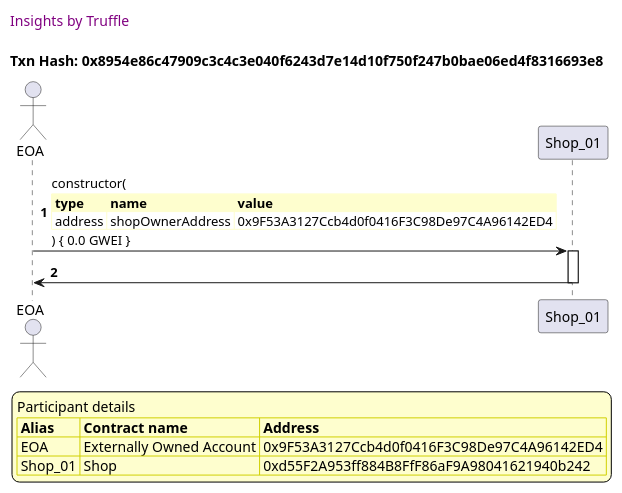
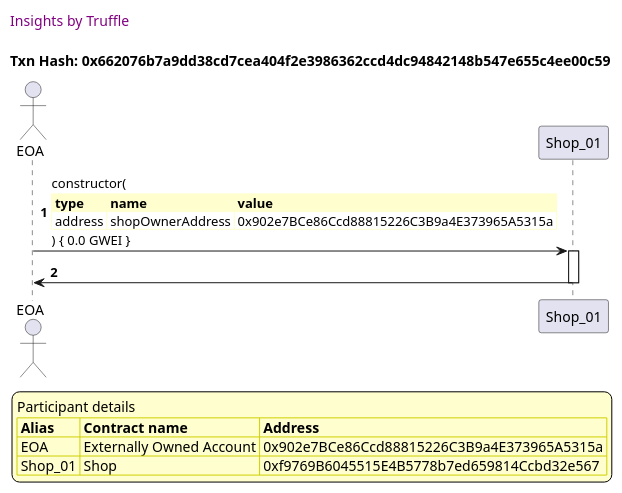
One commit to thedarkjester/ConsensysAssignment changed the third of 4 diagrams in truffle-seq/Shop_test_add_shop.md. Above: the diagram before and after it, drawn with PlantUML. The commit also changed other lines of this file and 13 other files, not shown here.

````diff
--- a/truffle-seq/Shop_test_add_shop.md
+++ b/truffle-seq/Shop_test_add_shop.md
@@ -107,40 +107,40 @@
 ```plantuml
 
 
 @startuml
 
 autonumber
 skinparam legendBackgroundColor #FEFECE
 
 <style>
       header {
         HorizontalAlignment left
         FontColor purple
         FontSize 14
         Padding 10
       }
     </style>
 
 header Insights by Truffle
 
-title Txn Hash: 0x8954e86c47909c3c4c3e040f6243d7e14d10f750f247b0bae06ed4f8316693e8
+title Txn Hash: 0x662076b7a9dd38cd7cea404f2e3986362ccd4dc94842148b547e655c4ee00c59
 
 
 actor EOA as "EOA"
 participant Shop_01 as "Shop_01"
 
 "EOA" -> "Shop_01" ++: constructor(\n\
 <#FEFECE,#FEFECE>|= type |= name |= value |\n\
-| address | shopOwnerAddress | 0x9F53A3127Ccb4d0f0416F3C98De97C4A96142ED4 |\n\
+| address | shopOwnerAddress | 0x902e7BCe86Ccd88815226C3B9a4E373965A5315a |\n\
 ) { 0.0 GWEI }
 "Shop_01" -> "EOA" --: 
 
 legend
 Participant details
 <#FEFECE,#D0D000>|= Alias |= Contract name |= Address |
-<#FEFECE>| EOA | Externally Owned Account | 0x9F53A3127Ccb4d0f0416F3C98De97C4A96142ED4 |
-<#FEFECE>| Shop_01 | Shop | 0xd55F2A953ff884B8FfF86aF9A98041621940b242 |
+<#FEFECE>| EOA | Externally Owned Account | 0x902e7BCe86Ccd88815226C3B9a4E373965A5315a |
+<#FEFECE>| Shop_01 | Shop | 0xf9769B6045515E4B5778b7ed659814Ccbd32e567 |
 endlegend
 
 @enduml
 ```
````
